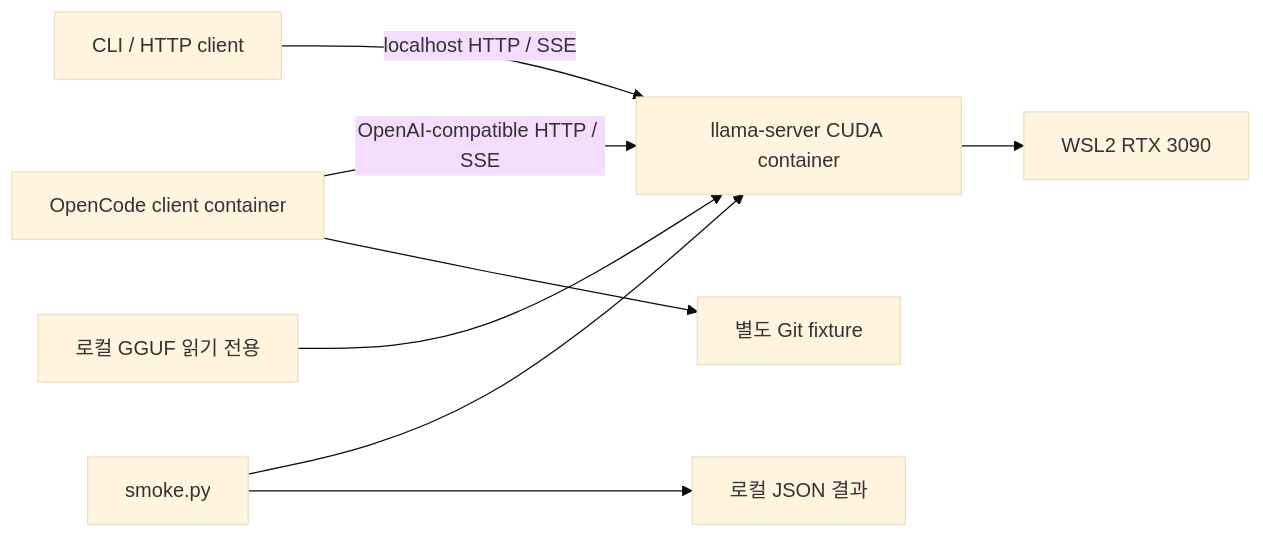
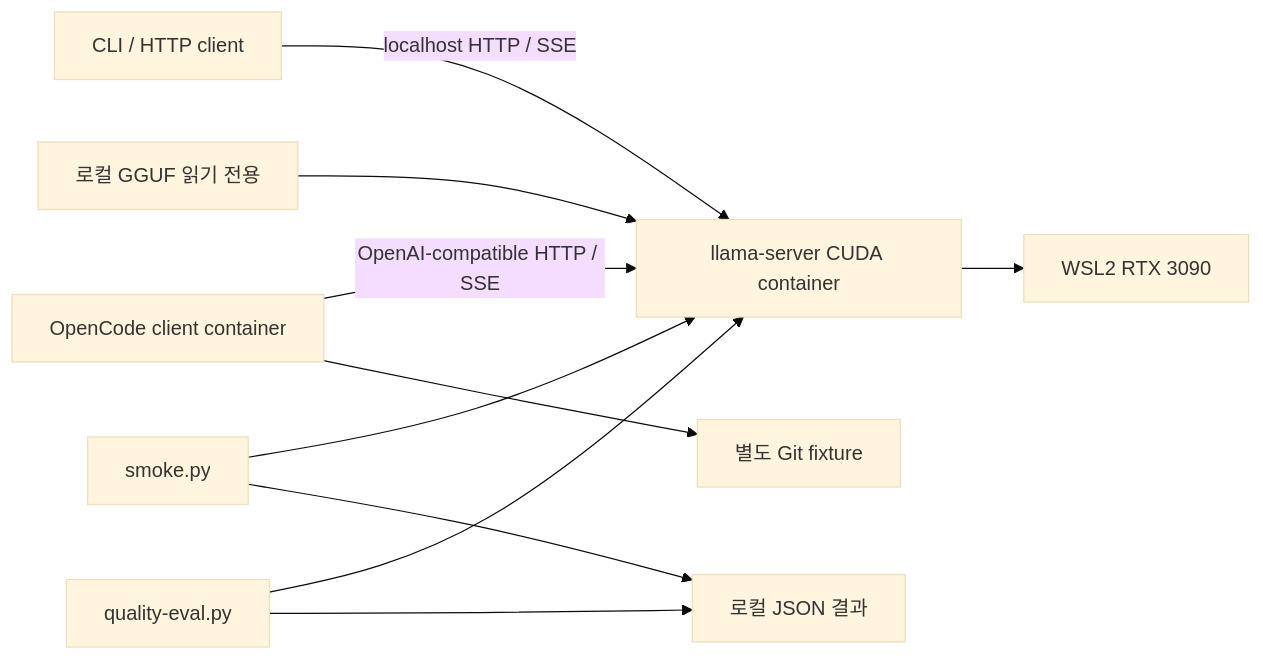
The diagram in docs/architecture/localforge-runtime.md (9imyong/LocalForge), drawn with Mermaid (base theme) before and after one commit. The commit also changed other lines of this file and 21 other files, not shown here.

````diff
--- a/docs/architecture/localforge-runtime.md
+++ b/docs/architecture/localforge-runtime.md
@@ -9,10 +9,12 @@
 ```mermaid
 flowchart LR
     Agent[OpenCode client container] -->|OpenAI-compatible HTTP / SSE| Server
     Agent --> Fixture[별도 Git fixture]
     Client[CLI / HTTP client] -->|localhost HTTP / SSE| Server[llama-server CUDA container]
     Server --> GPU[WSL2 RTX 3090]
     Model[로컬 GGUF 읽기 전용] --> Server
     Probe[smoke.py] --> Server
     Probe --> Metrics[로컬 JSON 결과]
+    Quality[quality-eval.py] --> Server
+    Quality --> Metrics
 ```
````
